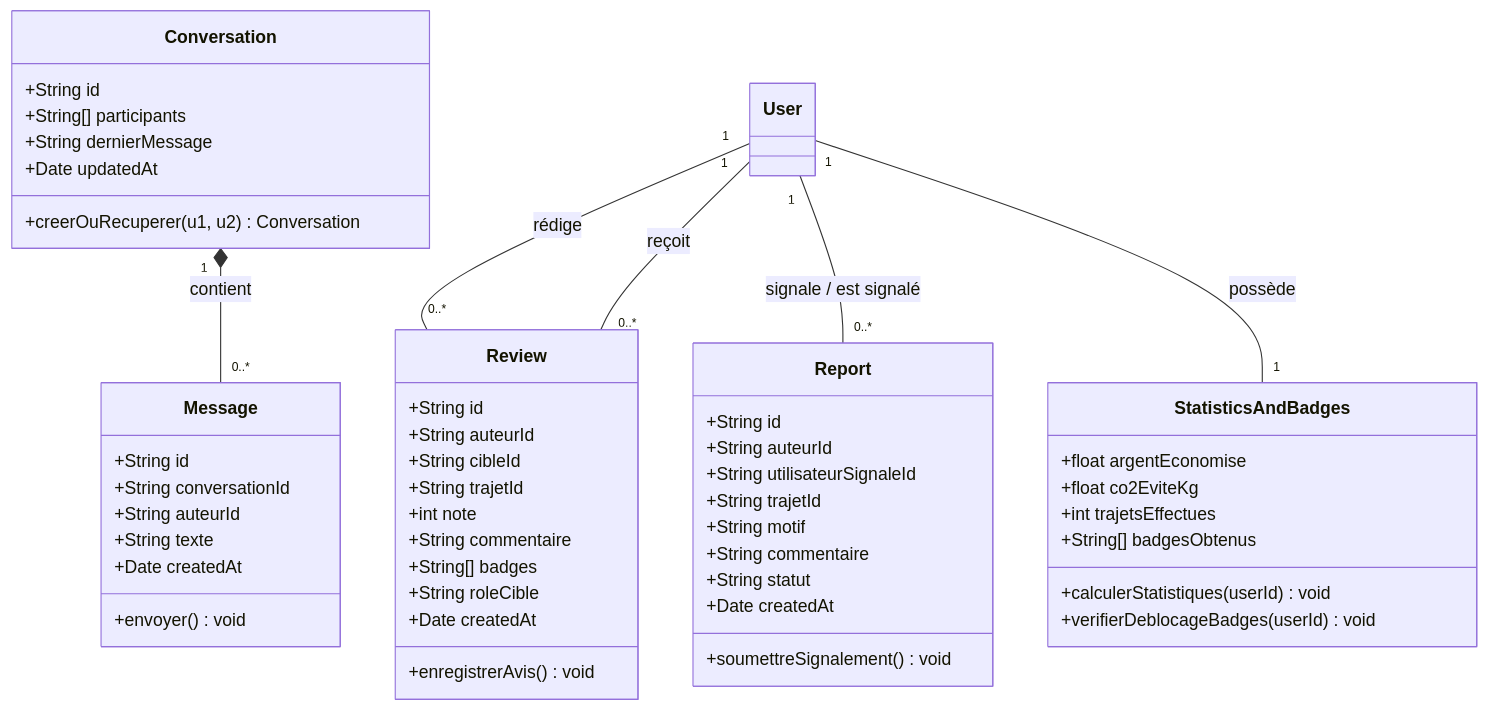
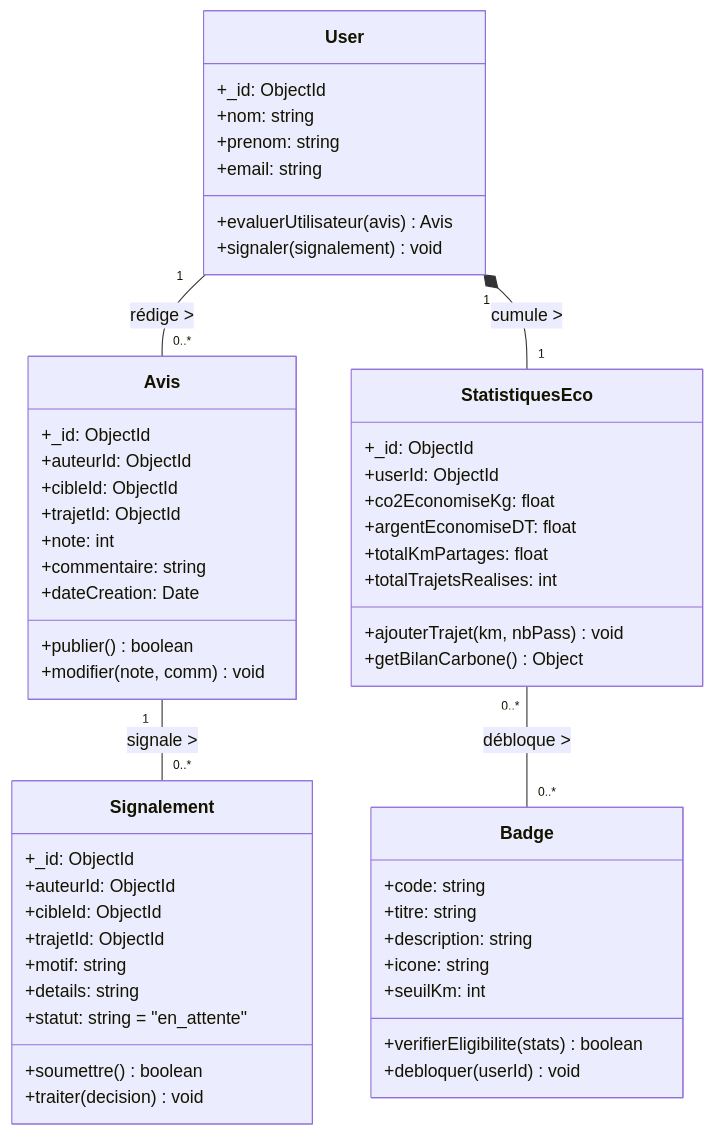
Before and after one commit to Hajer1406/UniRide: the tenth of 14 diagrams in DIAGRAMMES_UML.md, drawn with Mermaid. The commit also changed other lines of this file and 30 other files, not shown here.

Commit message:
docs: add downloadable UML Use Case and Class diagram images (PNG/SVG) with include auth

````diff
--- a/DIAGRAMMES_UML.md
+++ b/DIAGRAMMES_UML.md
@@ -432,59 +560,61 @@
 ```mermaid
 classDiagram
-    class Conversation {
-        +String id
-        +String[] participants
-        +String dernierMessage
-        +Date updatedAt
-        +creerOuRecuperer(u1, u2) Conversation
+    class User {
+        +_id: ObjectId
+        +nom: string
+        +prenom: string
+        +email: string
+        +evaluerUtilisateur(avis) Avis
+        +signaler(signalement) void
     }
 
-    class Message {
-        +String id
-        +String conversationId
-        +String auteurId
-        +String texte
-        +Date createdAt
-        +envoyer() void
+    class Avis {
+        +_id: ObjectId
+        +auteurId: ObjectId
+        +cibleId: ObjectId
+        +trajetId: ObjectId
+        +note: int
+        +commentaire: string
+        +dateCreation: Date
+        +publier() boolean
+        +modifier(note, comm) void
     }
 
-    class Review {
-        +String id
-        +String auteurId
-        +String cibleId
-        +String trajetId
-        +int note
-        +String commentaire
-        +String[] badges
-        +String roleCible
-        +Date createdAt
-        +enregistrerAvis() void
+    class StatistiquesEco {
+        +_id: ObjectId
+        +userId: ObjectId
+        +co2EconomiseKg: float
+        +argentEconomiseDT: float
+        +totalKmPartages: float
+        +totalTrajetsRealises: int
+        +ajouterTrajet(km, nbPass) void
+        +getBilanCarbone() Object
     }
 
-    class Report {
-        +String id
-        +String auteurId
-        +String utilisateurSignaleId
-        +String trajetId
-        +String motif
-        +String commentaire
-        +String statut
-        +Date createdAt
-        +soumettreSignalement() void
+    class Badge {
+        +code: string
+        +titre: string
+        +description: string
+        +icone: string
+        +seuilKm: int
+        +verifierEligibilite(stats) boolean
+        +debloquer(userId) void
     }
 
-    class StatisticsAndBadges {
-        +float argentEconomise
-        +float co2EviteKg
-        +int trajetsEffectues
-        +String[] badgesObtenus
-        +calculerStatistiques(userId) void
-        +verifierDeblocageBadges(userId) void
+    class Signalement {
+        +_id: ObjectId
+        +auteurId: ObjectId
+        +cibleId: ObjectId
+        +trajetId: ObjectId
+        +motif: string
+        +details: string
+        +statut: string = "en_attente"
+        +soumettre() boolean
+        +traiter(decision) void
     }
 
-    Conversation "1" *-- "0..*" Message : contient
-    User "1" -- "0..*" Review : rédige
-    User "1" -- "0..*" Review : reçoit
-    User "1" -- "0..*" Report : signale / est signalé
-    User "1" -- "1" StatisticsAndBadges : possède
+    User "1" -- "0..*" Avis : rédige >
+    User "1" *-- "1" StatistiquesEco : cumule >
+    StatistiquesEco "0..*" -- "0..*" Badge : débloque >
+    Avis "1" -- "0..*" Signalement : signale >
 ```
````
